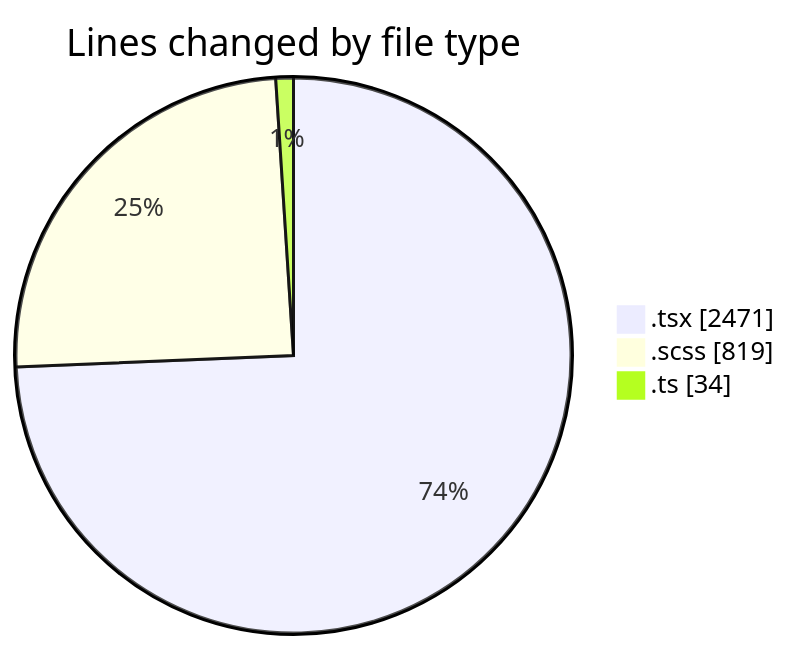
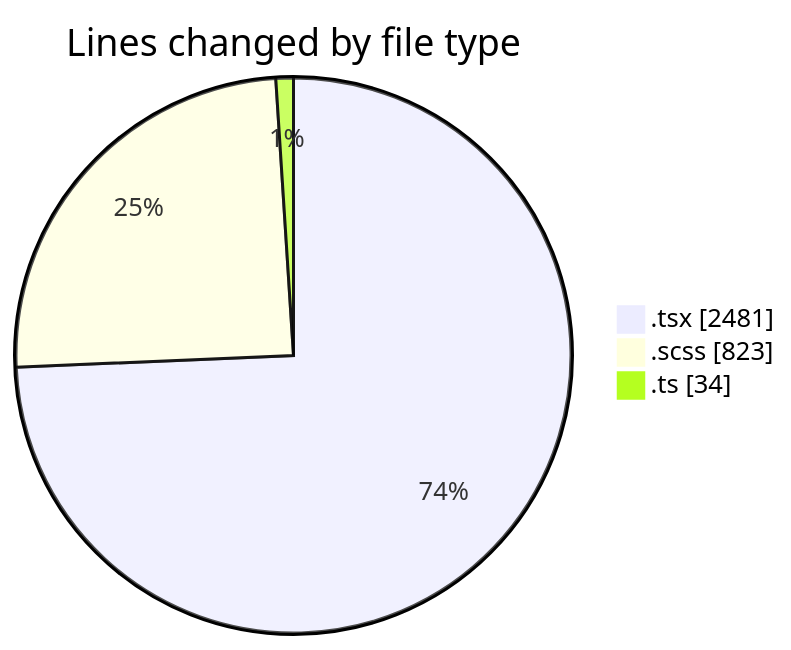
Before and after one commit to momahboobian/code-tracking: the first of 2 diagrams in 2025-04-07/cda/README.md, drawn with Mermaid. The commit also changed other lines of this file and 1 other file, not shown here.

````diff
--- a/2025-04-07/cda/README.md
+++ b/2025-04-07/cda/README.md
@@ -34,7 +34,7 @@
 ```mermaid
 pie showData
 title Lines changed by file type
-".tsx" : 2471
-".scss" : 819
+".tsx" : 2481
+".scss" : 823
 ".ts" : 34
 ```
````
